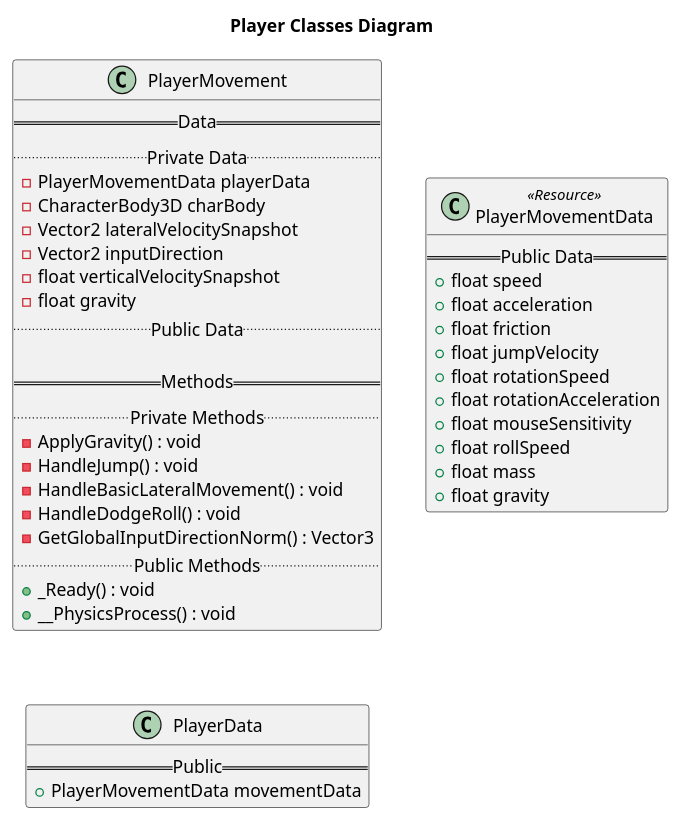
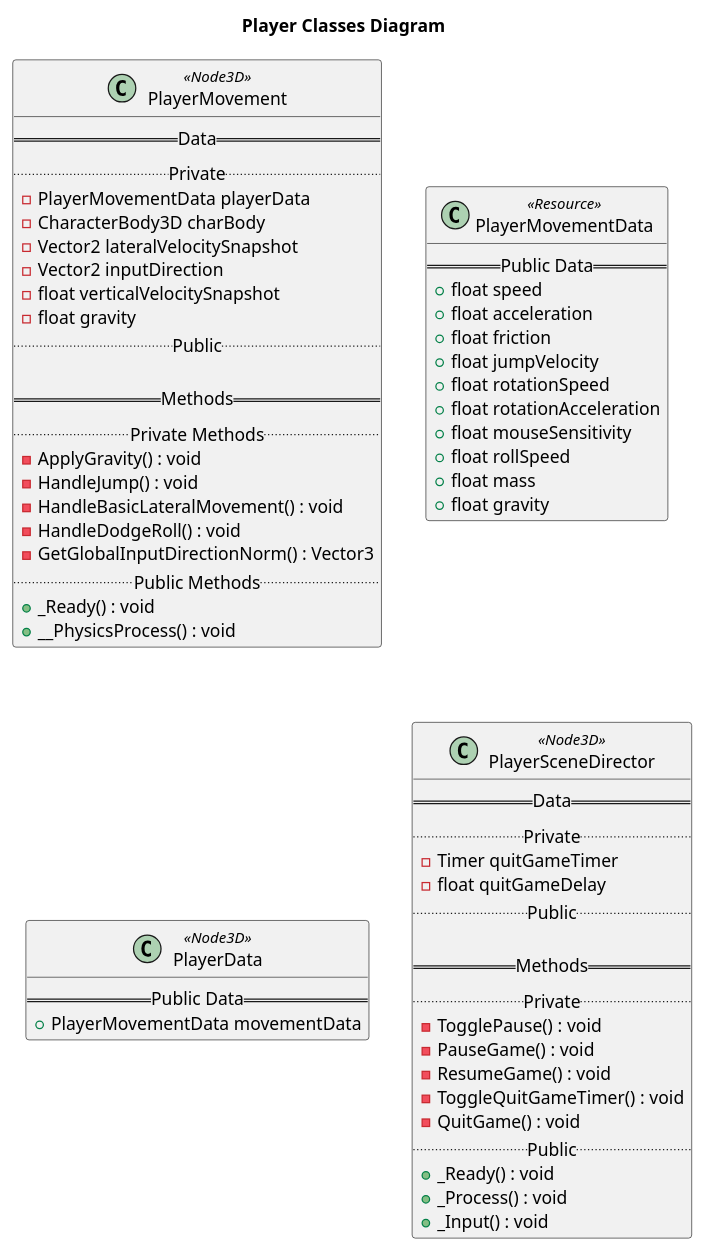
Before and after one commit to kjtkanaly/Roguelike-Shoot-Em-Up: the diagram in Godot-Project/UML-Diagrams/src/Player-Classes.puml, drawn with PlantUML. The commit also changed 2 other files, not shown here.

Commit message:
Updated the variable name to be in line with naming practice. Update the UML diagrams to reflect the addtion/updates to the player scene cotnroller and class.

```diff
--- a/Godot-Project/UML-Diagrams/src/Player-Classes.puml
+++ b/Godot-Project/UML-Diagrams/src/Player-Classes.puml
@@ -1,47 +1,67 @@
 @startuml Player Classes
 
 title Player Classes Diagram
 
-class PlayerMovement {
+class PlayerMovement <<Node3D>>{
     == Data ==
-    .. Private Data ..
+    .. Private ..
     - PlayerMovementData playerData
     - CharacterBody3D charBody
     - Vector2 lateralVelocitySnapshot
     - Vector2 inputDirection
     - float verticalVelocitySnapshot
     - float gravity
-    .. Public Data ..
+    .. Public ..
 
     == Methods ==
     .. Private Methods ..
     - ApplyGravity() : void
     - HandleJump() : void
     - HandleBasicLateralMovement() : void
     - HandleDodgeRoll() : void
     - GetGlobalInputDirectionNorm() : Vector3
     .. Public Methods ..
     + _Ready() : void
     + __PhysicsProcess() : void
 }
 
 class PlayerMovementData <<Resource>> {
     == Public Data ==
     + float speed
     + float acceleration
     + float friction
     + float jumpVelocity
     + float rotationSpeed
     + float rotationAcceleration
     + float mouseSensitivity
     + float rollSpeed
     + float mass
     + float gravity
 }
 
-class PlayerData {
-    == Public ==
+class PlayerData <<Node3D>>{
+    == Public Data ==
     + PlayerMovementData movementData
 }
 
+class PlayerSceneDirector <<Node3D>>{
+    == Data ==
+    .. Private ..
+    - Timer quitGameTimer
+    - float quitGameDelay
+    .. Public ..
+
+    == Methods ==
+    .. Private ..
+    - TogglePause() : void
+    - PauseGame() : void
+    - ResumeGame() : void
+    - ToggleQuitGameTimer() : void
+    - QuitGame() : void
+    .. Public ..
+    + _Ready() : void
+    + _Process() : void
+    + _Input() : void
+}
+
 @enduml
```
